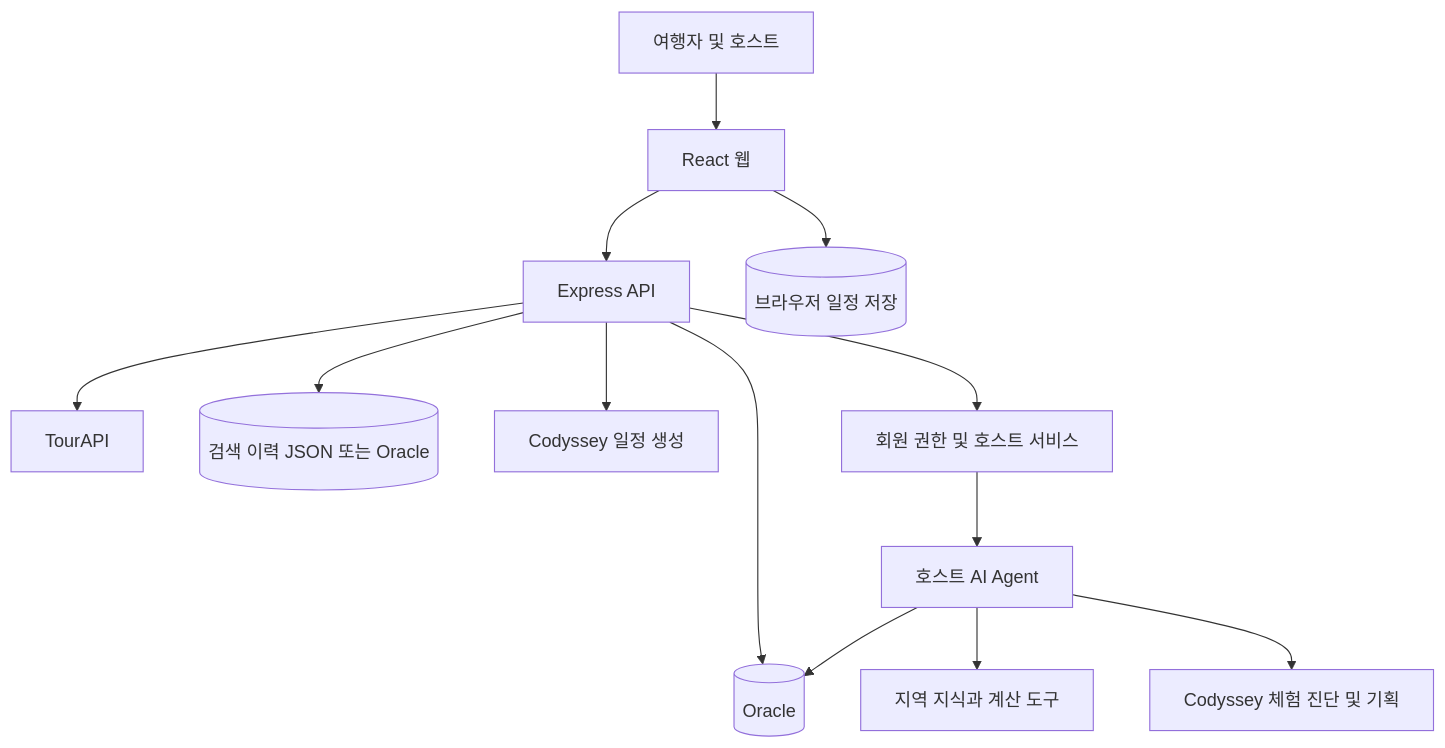
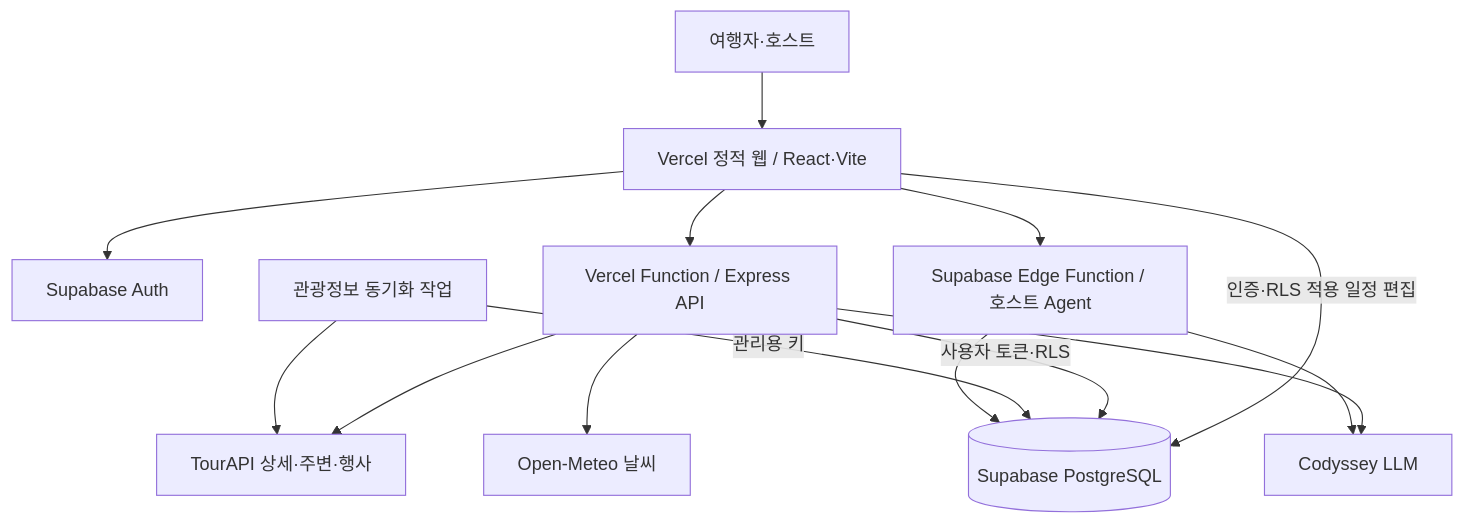
One commit to inyoung7-lab/AI-Travel-Planner changed the second of 2 diagrams in README.md. Above: the diagram before and after it, drawn with Mermaid. The commit also changed other lines of this file and 49 other files, not shown here.

````diff
--- a/README.md
+++ b/README.md
@@ -211,15 +140,16 @@
 ```mermaid
 flowchart TD
-    U[여행자 및 호스트] --> W[React 웹]
-    W --> E[Express API]
-    E --> O[(Oracle)]
-    E --> T[TourAPI]
-    E --> H[(검색 이력 JSON 또는 Oracle)]
-    E --> C[Codyssey 일정 생성]
-    W --> B[(브라우저 일정 저장)]
-    E --> A[회원 권한 및 호스트 서비스]
-    A --> F[호스트 AI Agent]
-    F --> O
-    F --> K[지역 지식과 계산 도구]
-    F --> M[Codyssey 체험 진단 및 기획]
+    U[여행자·호스트] --> W[Vercel 정적 웹 / React·Vite]
+    W --> A[Supabase Auth]
+    W --> E[Vercel Function / Express API]
+    W -->|인증·RLS 적용 일정 편집| P[(Supabase PostgreSQL)]
+    E -->|사용자 토큰·RLS| P
+    E --> L[Codyssey LLM]
+    E --> T[TourAPI 상세·주변·행사]
+    E --> M[Open-Meteo 날씨]
+    S[관광정보 동기화 작업] --> T
+    S -->|관리용 키| P
+    W --> G[Supabase Edge Function / 호스트 Agent]
+    G --> P
+    G --> L
 ```
````
